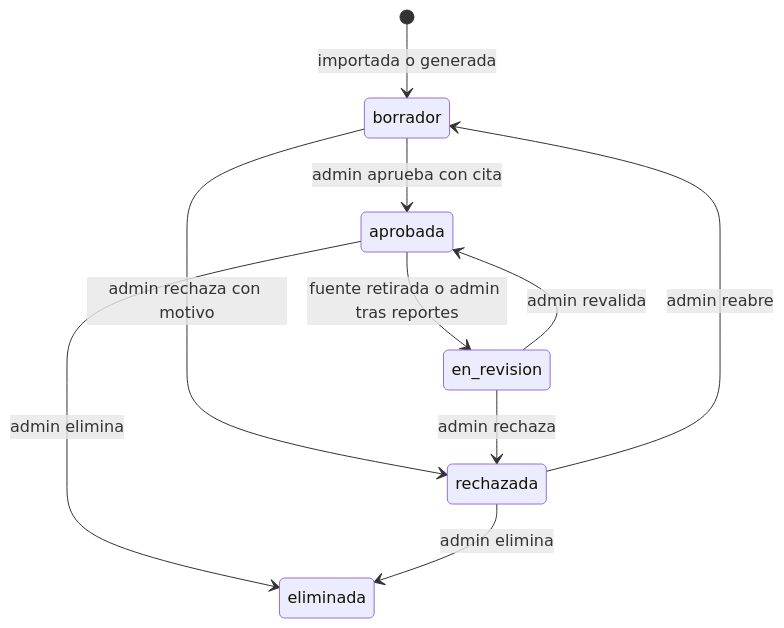
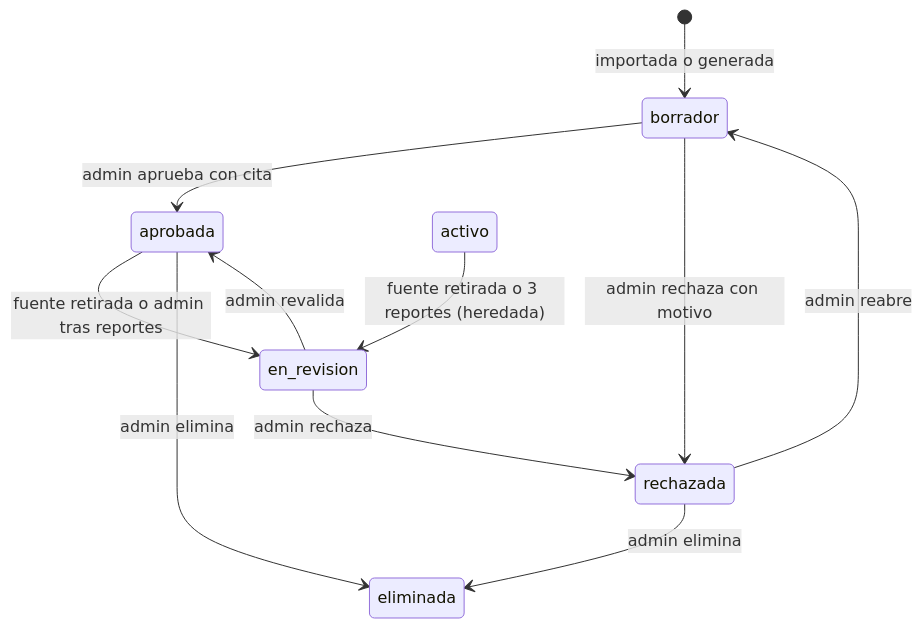
The diagram in docs/stories/serums-ia/E3-02-borrador-y-trazabilidad.md (bacsystem/learning), drawn with Mermaid before and after one commit. The commit also changed other lines of this file and 22 other files, not shown here.

````diff
--- a/docs/stories/serums-ia/E3-02-borrador-y-trazabilidad.md
+++ b/docs/stories/serums-ia/E3-02-borrador-y-trazabilidad.md
@@ -19,12 +19,13 @@
 ```mermaid
 stateDiagram-v2
   [*] --> borrador: importada o generada
   borrador --> aprobada: admin aprueba con cita
   borrador --> rechazada: admin rechaza con motivo
   aprobada --> en_revision: fuente retirada o admin tras reportes
+  activo --> en_revision: fuente retirada o 3 reportes (heredada)
   en_revision --> aprobada: admin revalida
   en_revision --> rechazada: admin rechaza
   rechazada --> borrador: admin reabre
   aprobada --> eliminada: admin elimina
   rechazada --> eliminada: admin elimina
 ```
````
